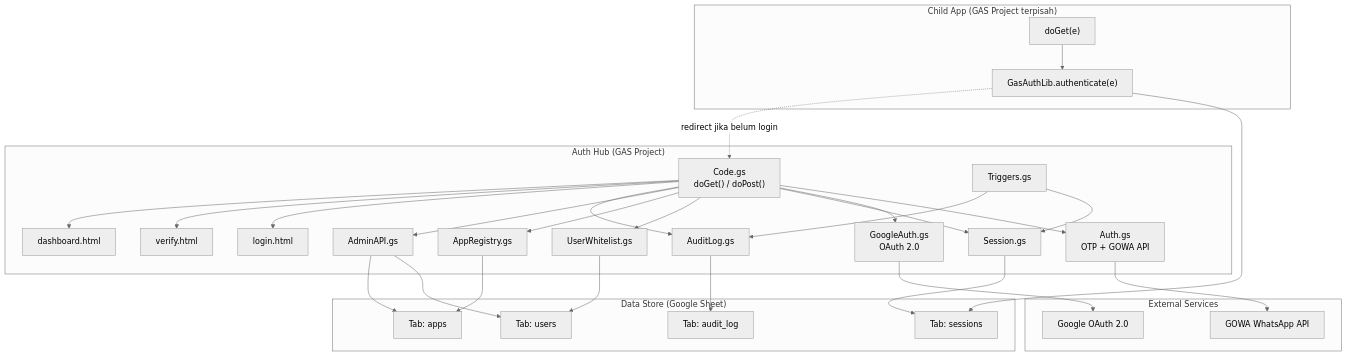
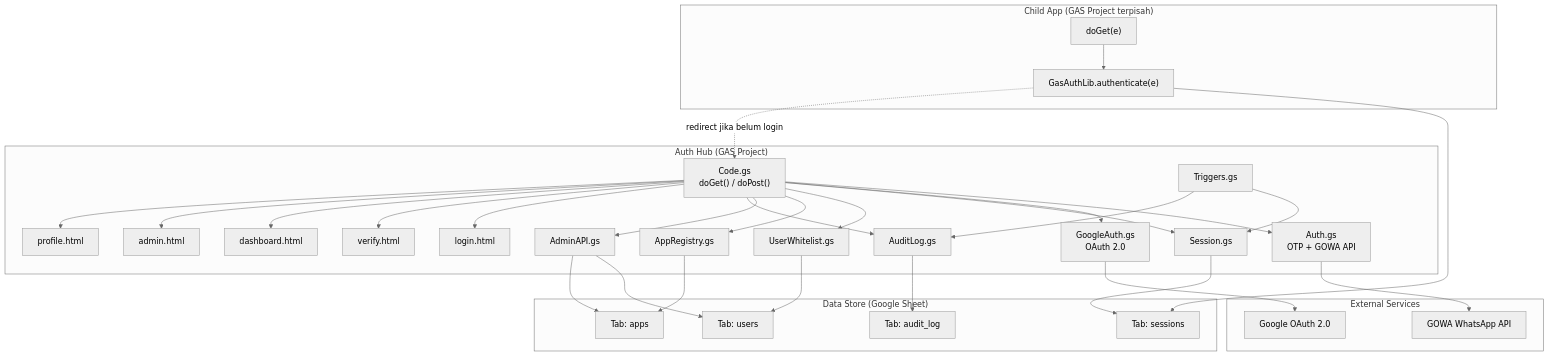
Before and after one commit to yasmin375/gas-workspace-hub: the diagram in docs/devin/knowledge/project-overview.md, drawn with Mermaid (neutral theme). The commit also changed 7 other files, not shown here.

First line of the commit message:
[docs] P5: update CHANGELOG, README, architecture, roles, testing docs

````diff
--- a/docs/devin/knowledge/project-overview.md
+++ b/docs/devin/knowledge/project-overview.md
@@ -46,62 +46,66 @@
 ```mermaid
 graph TB
     subgraph "Auth Hub (GAS Project)"
         CodeGS["Code.gs<br/>doGet() / doPost()"]
         AuthGS["Auth.gs<br/>OTP + GOWA API"]
         GoogleAuthGS["GoogleAuth.gs<br/>OAuth 2.0"]
         SessionGS["Session.gs"]
         UserWhitelistGS["UserWhitelist.gs"]
         AppRegistryGS["AppRegistry.gs"]
         AdminAPIGS["AdminAPI.gs"]
         AuditLogGS["AuditLog.gs"]
         TriggersGS["Triggers.gs"]
         
         LoginHTML["login.html"]
         VerifyHTML["verify.html"]
         DashboardHTML["dashboard.html"]
+        AdminHTML["admin.html"]
+        ProfileHTML["profile.html"]
     end
     
     subgraph "Data Store (Google Sheet)"
         UsersTab["Tab: users"]
         SessionsTab["Tab: sessions"]
         AppsTab["Tab: apps"]
         AuditTab["Tab: audit_log"]
     end
     
     subgraph "External Services"
         GOWA["GOWA WhatsApp API"]
         GoogleOAuth["Google OAuth 2.0"]
     end
     
     subgraph "Child App (GAS Project terpisah)"
         ChildApp["doGet(e)"]
         GasAuthLib["GasAuthLib.authenticate(e)"]
     end
     
     CodeGS --> AuthGS
     CodeGS --> GoogleAuthGS
     CodeGS --> SessionGS
     CodeGS --> UserWhitelistGS
     CodeGS --> AppRegistryGS
     CodeGS --> AdminAPIGS
     CodeGS --> AuditLogGS
     CodeGS --> LoginHTML
     CodeGS --> VerifyHTML
     CodeGS --> DashboardHTML
+    CodeGS --> AdminHTML
+    CodeGS --> ProfileHTML
     
     AuthGS --> GOWA
     GoogleAuthGS --> GoogleOAuth
     
     SessionGS --> SessionsTab
     UserWhitelistGS --> UsersTab
     AppRegistryGS --> AppsTab
     AuditLogGS --> AuditTab
     AdminAPIGS --> UsersTab
     AdminAPIGS --> AppsTab
     TriggersGS --> SessionGS
     TriggersGS --> AuditLogGS
     
     ChildApp --> GasAuthLib
     GasAuthLib --> SessionsTab
     GasAuthLib -.->|redirect jika belum login| CodeGS
 ```
````
